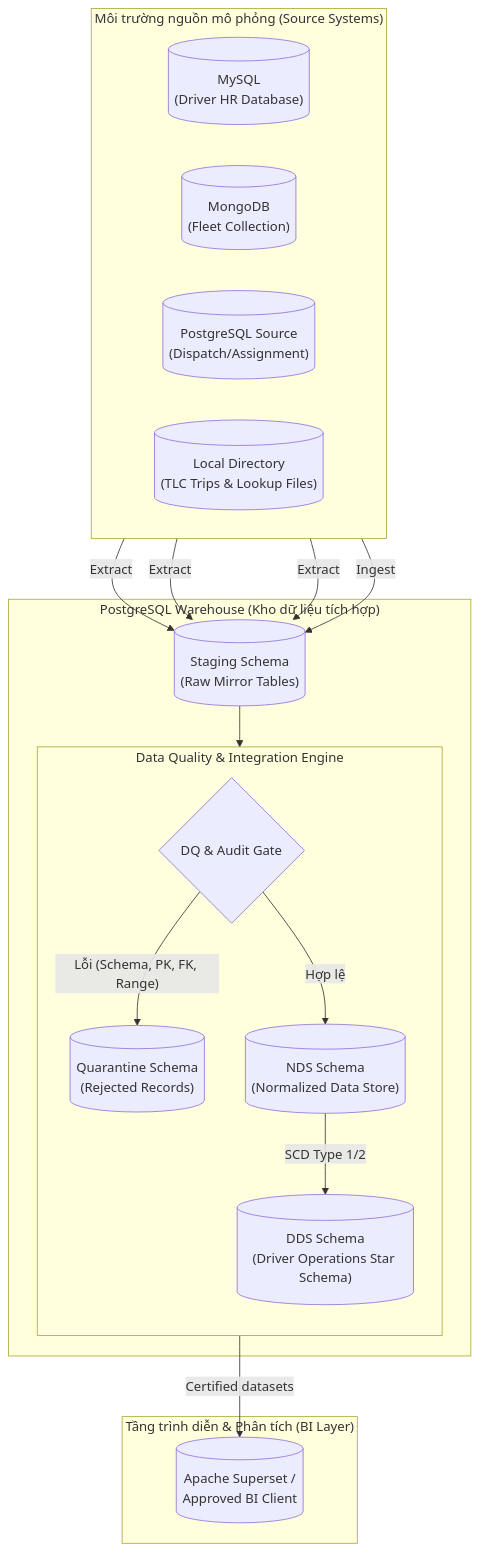
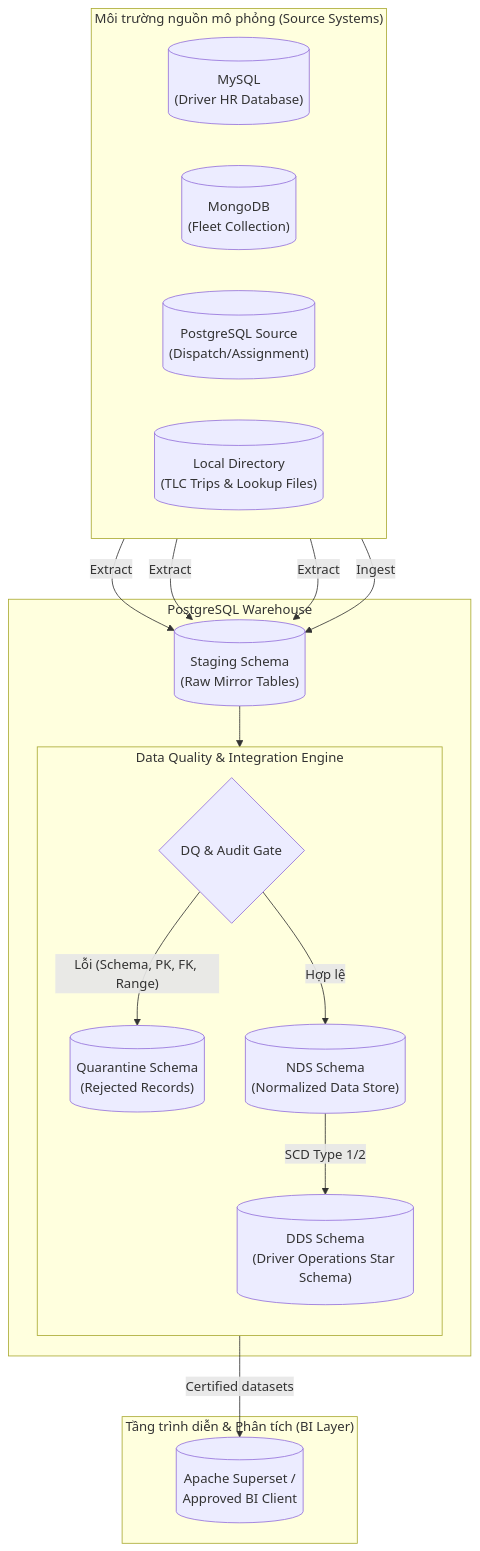
One commit to HuyVuCV1011/Green-taxi changed the first of 3 diagrams in diagrams/README.md. Above: the diagram before and after it, drawn with Mermaid. The commit also changed other lines of this file and 80 other files, not shown here.

````diff
--- a/diagrams/README.md
+++ b/diagrams/README.md
@@ -24,37 +37,37 @@
 ```mermaid
 flowchart TD
     subgraph Sources["Môi trường nguồn mô phỏng (Source Systems)"]
         direction LR
         MySQL[("MySQL<br>(Driver HR Database)")]
         Mongo[("MongoDB<br>(Fleet Collection)")]
         PG_Src[("PostgreSQL Source<br>(Dispatch/Assignment)")]
         Files[("Local Directory<br>(TLC Trips & Lookup Files)")]
     end
 
-    subgraph DWH["PostgreSQL Warehouse (Kho dữ liệu tích hợp)"]
+    subgraph DWH["PostgreSQL Warehouse"]
         STG[("Staging Schema<br>(Raw Mirror Tables)")]
 
         subgraph Pipeline["Data Quality & Integration Engine"]
             direction TB
             DQ{"DQ & Audit Gate"}
             Q_Table[("Quarantine Schema<br>(Rejected Records)")]
             NDS[("NDS Schema<br>(Normalized Data Store)")]
             DDS[("DDS Schema<br>(Driver Operations Star Schema)")]
         end
     end
 
     subgraph Presentation["Tầng trình diễn & Phân tích (BI Layer)"]
         BI[("Apache Superset /<br>Approved BI Client")]
     end
 
     MySQL -->|"Extract"| STG
     Mongo -->|"Extract"| STG
     PG_Src -->|"Extract"| STG
     Files -->|"Ingest"| STG
 
     STG --> DQ
     DQ -->|"Lỗi (Schema, PK, FK, Range)"| Q_Table
     DQ -->|"Hợp lệ"| NDS
     NDS -->|"SCD Type 1/2"| DDS
     DDS -->|"Certified datasets"| BI
 ```
````
